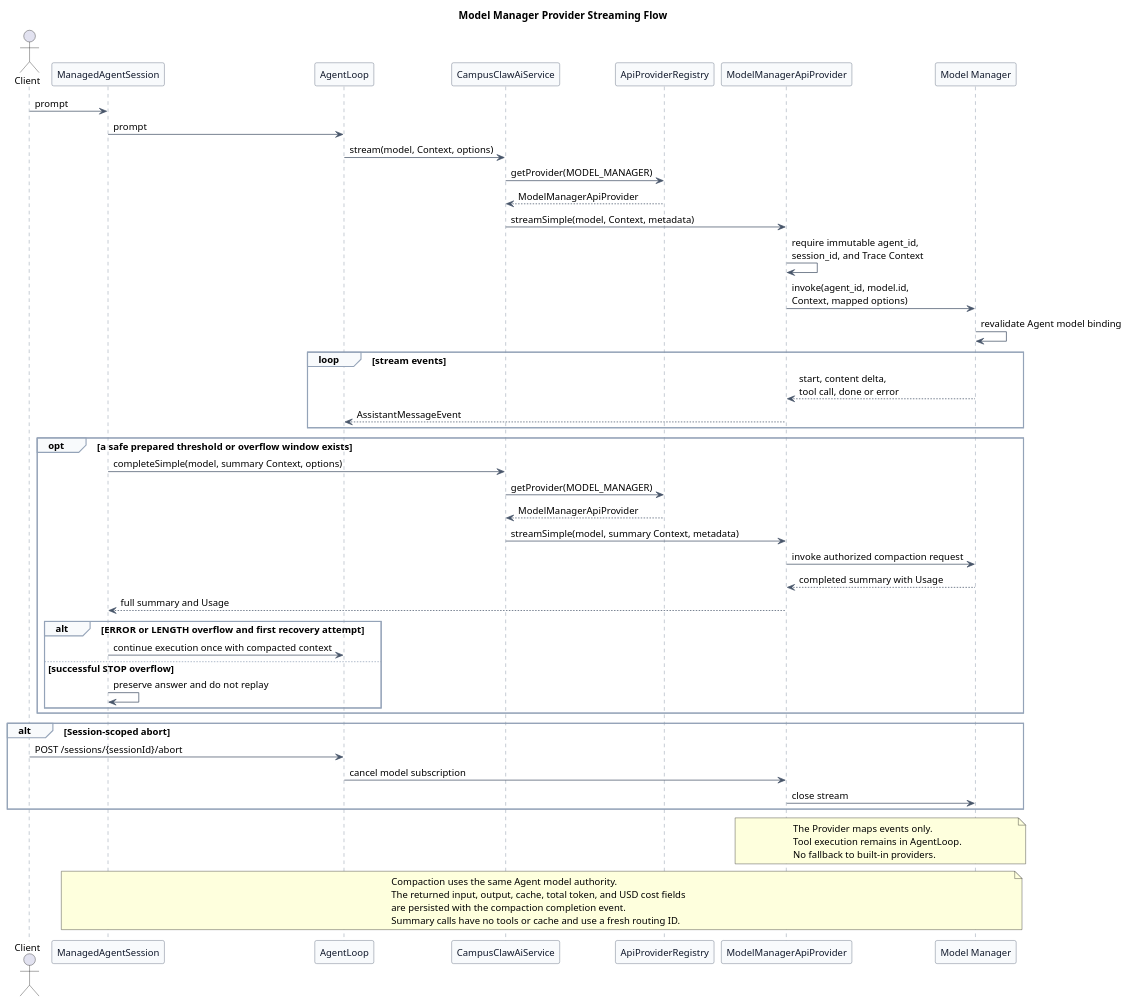
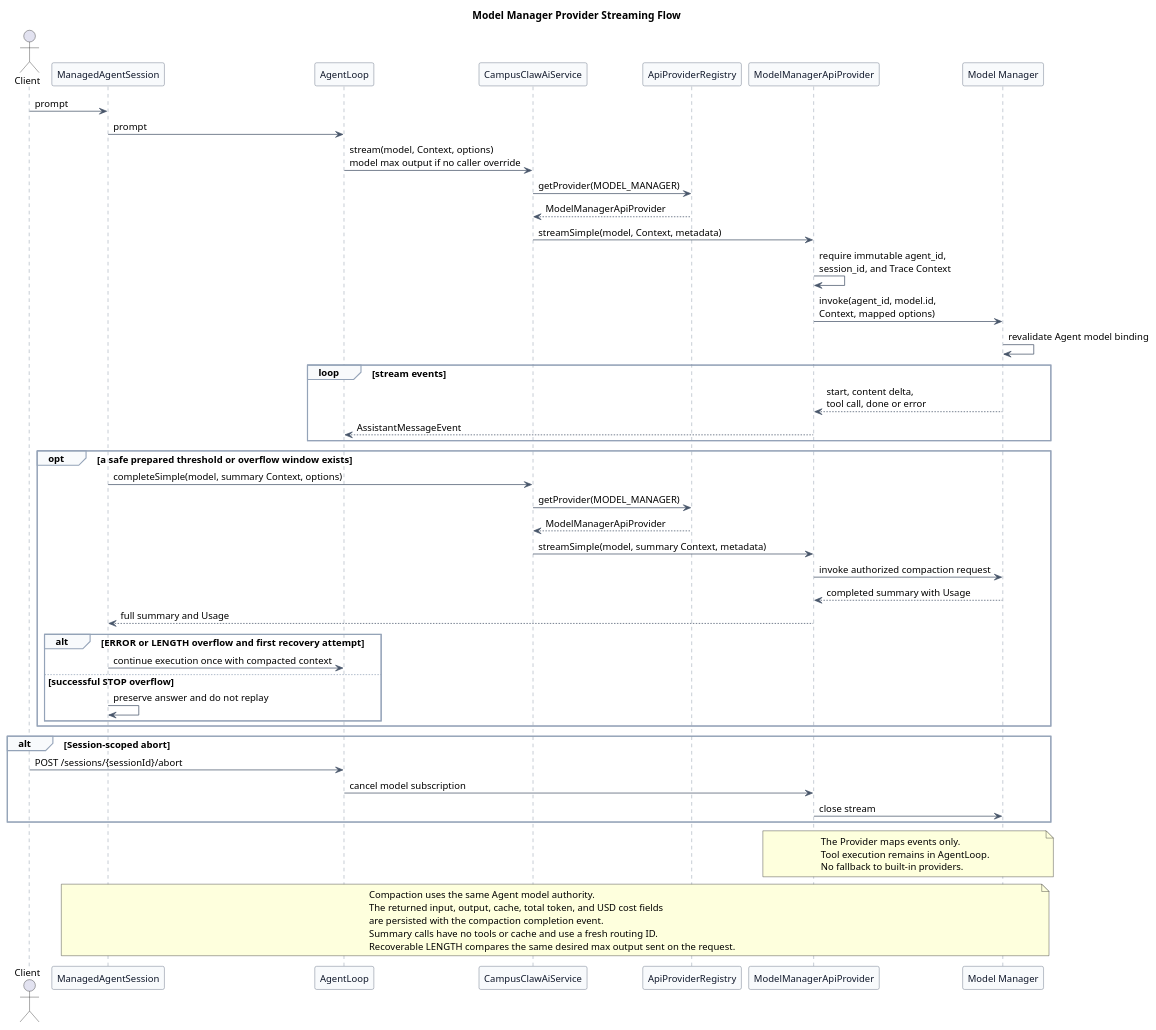
One commit to ssm0808/pi-mono-java-design changed the diagram in pi-mono-java-manager-driven-multi-agent-runtime/diagrams/model-manager/diagram.puml. Above: the diagram before and after it, drawn with PlantUML. The commit also changed 13 other files, not shown here.

```diff
--- a/pi-mono-java-manager-driven-multi-agent-runtime/diagrams/model-manager/diagram.puml
+++ b/pi-mono-java-manager-driven-multi-agent-runtime/diagrams/model-manager/diagram.puml
@@ -1,92 +1,96 @@
 @startuml model_manager_streaming_flow
 title Model Manager Provider Streaming Flow
 
 ' Source evidence (pi-mono 5cd93f688aaab89dbb6dfa4aca535f21796ae185):
 ' packages/ai/src/types.ts, Model, Context, AssistantMessageEvent, and Usage.
 ' packages/coding-agent/src/core/agent-session.ts, _checkCompaction and _runAutoCompaction.
 ' packages/coding-agent/src/core/compaction/compaction.ts, generateSummaryWithUsage.
 ' packages/ai/src/utils/overflow.ts, isContextOverflow and isRecoverableLength.
 ' Source evidence (pi-mono-java PR 167 f60cc3e78bb8b700527ac082c7c8e10524ede095):
 ' modules/ai/src/main/java/com/campusclaw/ai/provider/ApiProvider.java, ApiProvider.
 ' modules/ai/src/main/java/com/campusclaw/ai/provider/ApiProviderRegistry.java, ApiProviderRegistry.
 ' modules/ai/src/main/java/com/campusclaw/ai/types/SimpleStreamOptions.java, metadata.
 ' modules/ai/src/main/java/com/campusclaw/ai/stream/AssistantMessageEvent.java, event records.
 ' Observed behavior: Java dispatches by Model.api to a Spring-discovered ApiProvider.
+' Implemented source baseline (pi-mono-java bd26e7f81bac8f68be0c3523efe23b51f96c52e4):
+' modules/agent-core/src/main/java/com/campusclaw/agent/Agent.java, buildStreamOptions.
+' modules/coding-agent-cli/src/main/java/com/campusclaw/codingagent/session/compaction/SessionCompactor.java, decide.
 ' Architecture change: one MODEL_MANAGER Api routes every managed model through Model Manager.
 ' Design reason: model_id selects the model while agent_id authorizes it for the current Agent.
 ' Architecture change: ManagedAgentSession owns compaction calls and preserves their returned Usage.
 
 skinparam backgroundColor #FFFFFF
 skinparam shadowing false
 skinparam defaultFontName Arial
 skinparam defaultFontSize 13
 skinparam participant {
   BackgroundColor #F8FAFC
   BorderColor #475569
   FontColor #0F172A
 }
 skinparam ArrowColor #475569
 skinparam sequence {
   LifeLineBorderColor #64748B
   LifeLineBackgroundColor #F8FAFC
   GroupBorderColor #94A3B8
   GroupBackgroundColor #F8FAFC
 }
 
 actor Client
 participant "ManagedAgentSession" as Session
 participant "AgentLoop" as Loop
 participant "CampusClawAiService" as AiService
 participant "ApiProviderRegistry" as Registry
 participant "ModelManagerApiProvider" as Provider
 participant "Model Manager" as ModelManager
 
 Client -> Session : prompt
 Session -> Loop : prompt
-Loop -> AiService : stream(model, Context, options)
+Loop -> AiService : stream(model, Context, options)\nmodel max output if no caller override
 AiService -> Registry : getProvider(MODEL_MANAGER)
 Registry --> AiService : ModelManagerApiProvider
 AiService -> Provider : streamSimple(model, Context, metadata)
 Provider -> Provider : require immutable agent_id,\nsession_id, and Trace Context
 Provider -> ModelManager : invoke(agent_id, model.id,\nContext, mapped options)
 ModelManager -> ModelManager : revalidate Agent model binding
 
 loop stream events
   ModelManager --> Provider : start, content delta,\ntool call, done or error
   Provider --> Loop : AssistantMessageEvent
 end
 
 opt a safe prepared threshold or overflow window exists
   Session -> AiService : completeSimple(model, summary Context, options)
   AiService -> Registry : getProvider(MODEL_MANAGER)
   Registry --> AiService : ModelManagerApiProvider
   AiService -> Provider : streamSimple(model, summary Context, metadata)
   Provider -> ModelManager : invoke authorized compaction request
   ModelManager --> Provider : completed summary with Usage
   Provider --> Session : full summary and Usage
   alt ERROR or LENGTH overflow and first recovery attempt
     Session -> Loop : continue execution once with compacted context
   else successful STOP overflow
     Session -> Session : preserve answer and do not replay
   end
 end
 
 alt Session-scoped abort
   Client -> Loop : POST /sessions/{sessionId}/abort
   Loop -> Provider : cancel model subscription
   Provider -> ModelManager : close stream
 end
 
 note over Provider,ModelManager
 The Provider maps events only.
 Tool execution remains in AgentLoop.
 No fallback to built-in providers.
 end note
 
 note over Session,ModelManager
 Compaction uses the same Agent model authority.
 The returned input, output, cache, total token, and USD cost fields
 are persisted with the compaction completion event.
 Summary calls have no tools or cache and use a fresh routing ID.
+Recoverable LENGTH compares the same desired max output sent on the request.
 end note
 @enduml
```
